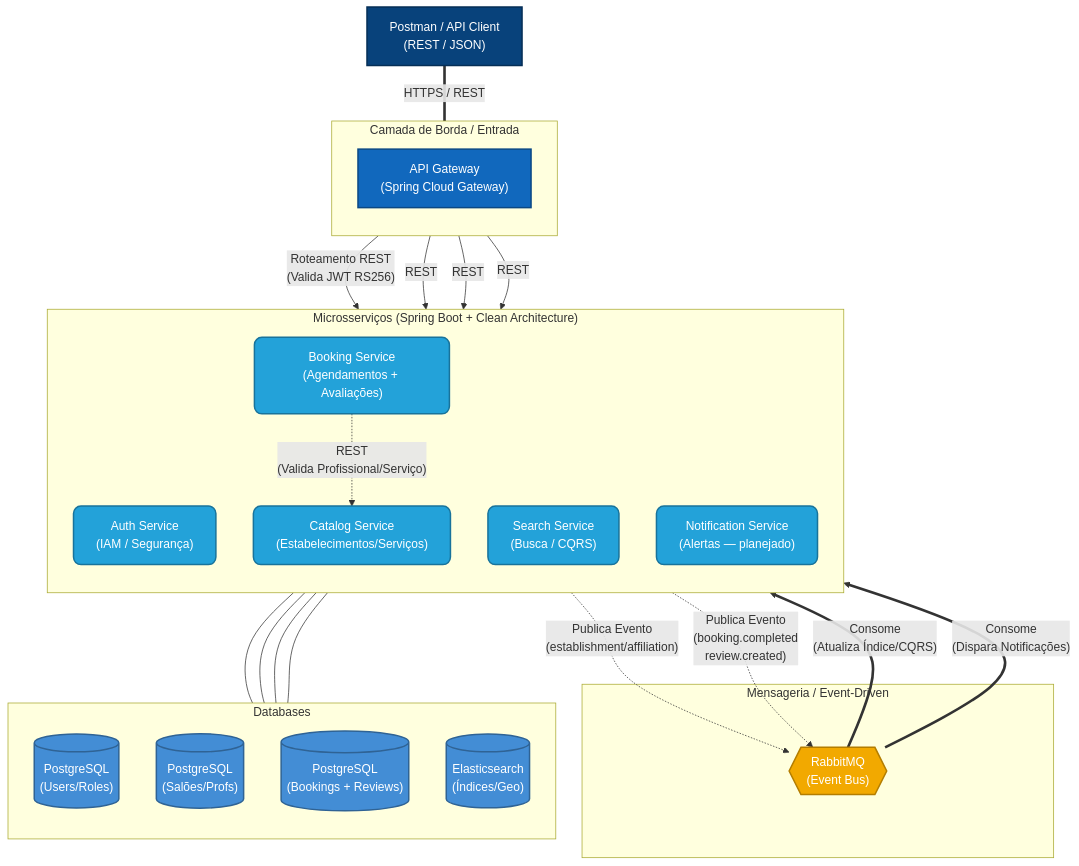
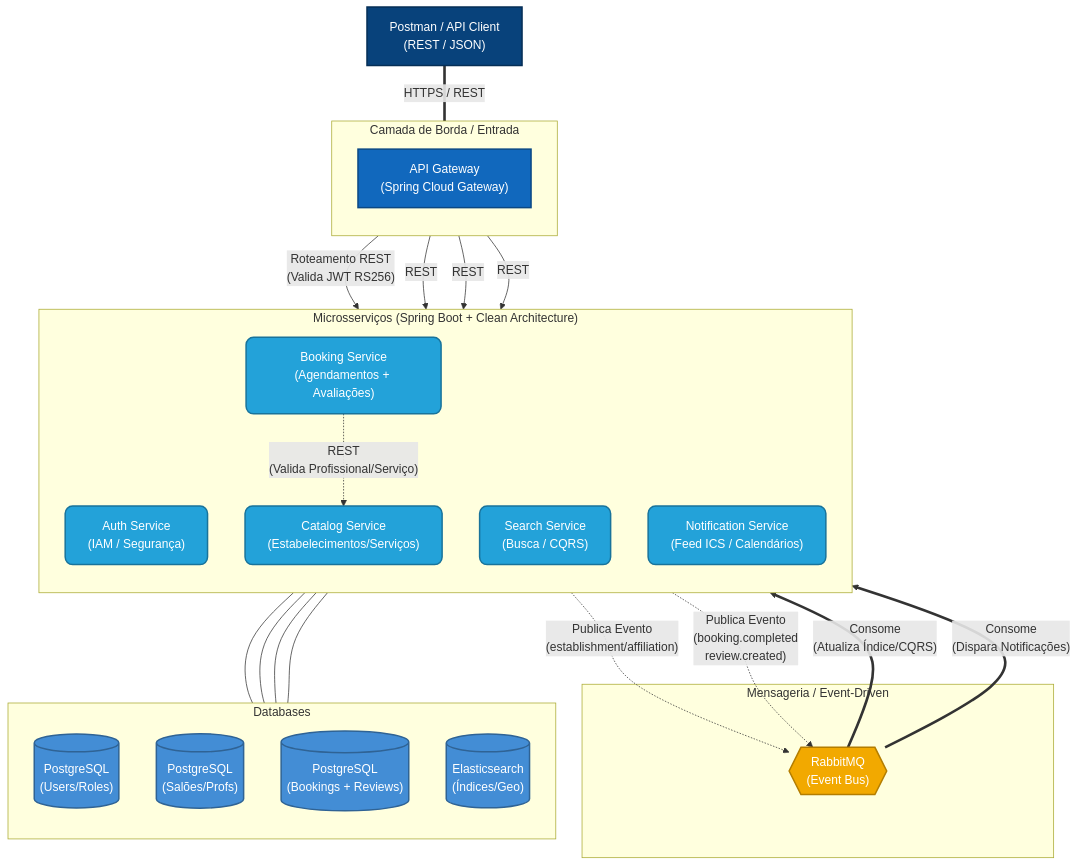
Before and after one commit to gustavoleite/booking-hub: the diagram in README.md, drawn with Mermaid. The commit also changed other lines of this file and 51 other files, not shown here.

Commit message:
feat: add notification service

````diff
--- a/README.md
+++ b/README.md
@@ -26,63 +26,63 @@
 ```mermaid
 flowchart TB
     %% Estilos visuais
     classDef user fill:#08427b,stroke:#052e56,color:#fff,stroke-width:2px
     classDef gateway fill:#1168bd,stroke:#0b4884,color:#fff,stroke-width:2px
     classDef service fill:#23a2d9,stroke:#18739b,color:#fff,stroke-width:2px,rx:10,ry:10
     classDef db fill:#438dd5,stroke:#2f6395,color:#fff,stroke-width:2px
     classDef broker fill:#f2a900,stroke:#b37d00,color:#fff,stroke-width:2px
     classDef external fill:#7f8c8d,stroke:#2c3e50,color:#fff,stroke-width:2px
 
     %% Atores
     Client["Postman / API Client\n(REST / JSON)"]:::user
 
     %% Camada de Borda
     subgraph Edge["Camada de Borda / Entrada"]
         direction TB
         GW["API Gateway\n(Spring Cloud Gateway)"]:::gateway
     end
 
     %% Barramento de Eventos
     subgraph EventBus["Mensageria / Event-Driven"]
         RabbitMQ{{"RabbitMQ\n(Event Bus)"}}:::broker
     end
 
     %% Microsserviços
     subgraph Services ["Microsserviços (Spring Boot + Clean Architecture)"]
         direction TB
         Auth["Auth Service\n(IAM / Segurança)"]:::service
         Catalog["Catalog Service\n(Estabelecimentos/Serviços)"]:::service
         Booking["Booking Service\n(Agendamentos + Avaliações)"]:::service
         Search["Search Service\n(Busca / CQRS)"]:::service
-        Notify["Notification Service\n(Alertas — planejado)"]:::service
+        Notify["Notification Service\n(Feed ICS / Calendários)"]:::service
     end
 
     %% Bancos de Dados
     subgraph Data["Databases"]
         direction TB
         DB_Auth[("PostgreSQL\n(Users/Roles)")]:::db
         DB_Catalog[("PostgreSQL\n(Salões/Profs)")]:::db
         DB_Booking[("PostgreSQL\n(Bookings + Reviews)")]:::db
         DB_Search[("Elasticsearch\n(Índices/Geo)")]:::db
     end
 
     %% --- CONEXÕES ---
     Client ===|"HTTPS / REST"| GW
     GW -->|"Roteamento REST\n(Valida JWT RS256)"| Auth
     GW -->|"REST"| Catalog
     GW -->|"REST"| Booking
     GW -->|"REST"| Search
 
     Booking -.->|"REST\n(Valida Profissional/Serviço)"| Catalog
 
     Catalog -.->|"Publica Evento\n(establishment/affiliation)"| RabbitMQ
     Booking -.->|"Publica Evento\n(booking.completed\nreview.created)"| RabbitMQ
 
     RabbitMQ ==>|"Consome\n(Atualiza Índice/CQRS)"| Search
     RabbitMQ ==>|"Consome\n(Dispara Notificações)"| Notify
 
     Auth --- DB_Auth
     Catalog --- DB_Catalog
     Booking --- DB_Booking
     Search --- DB_Search
 ```
````
